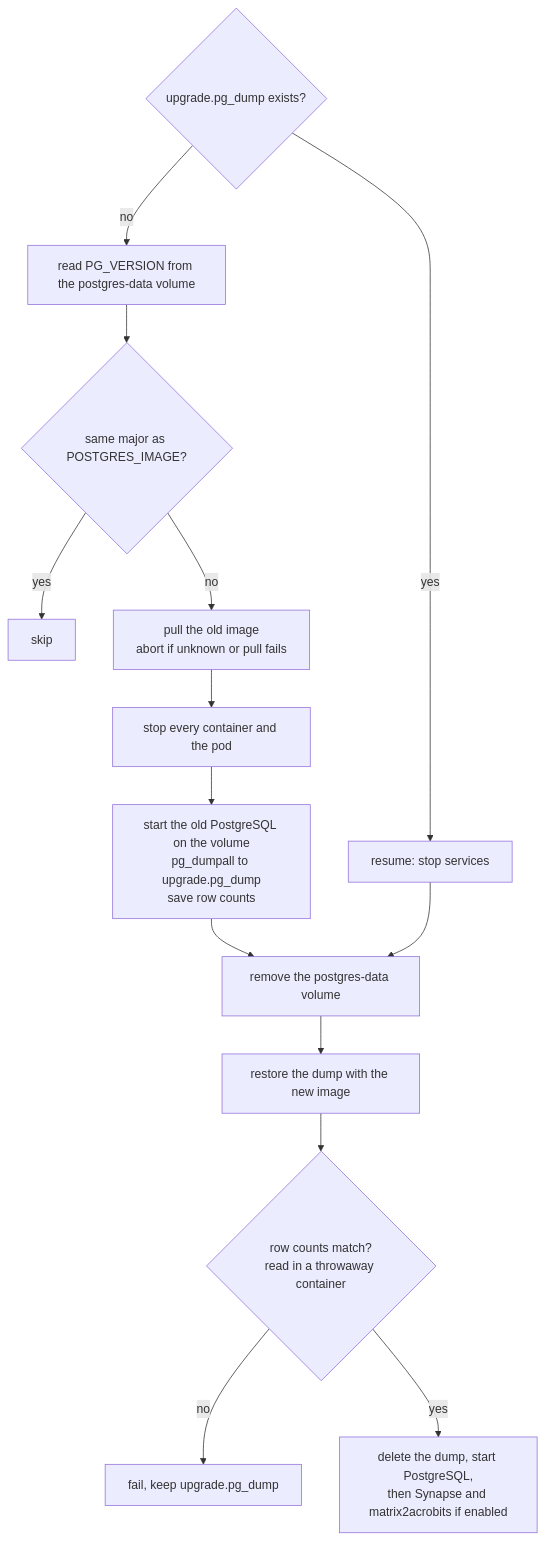
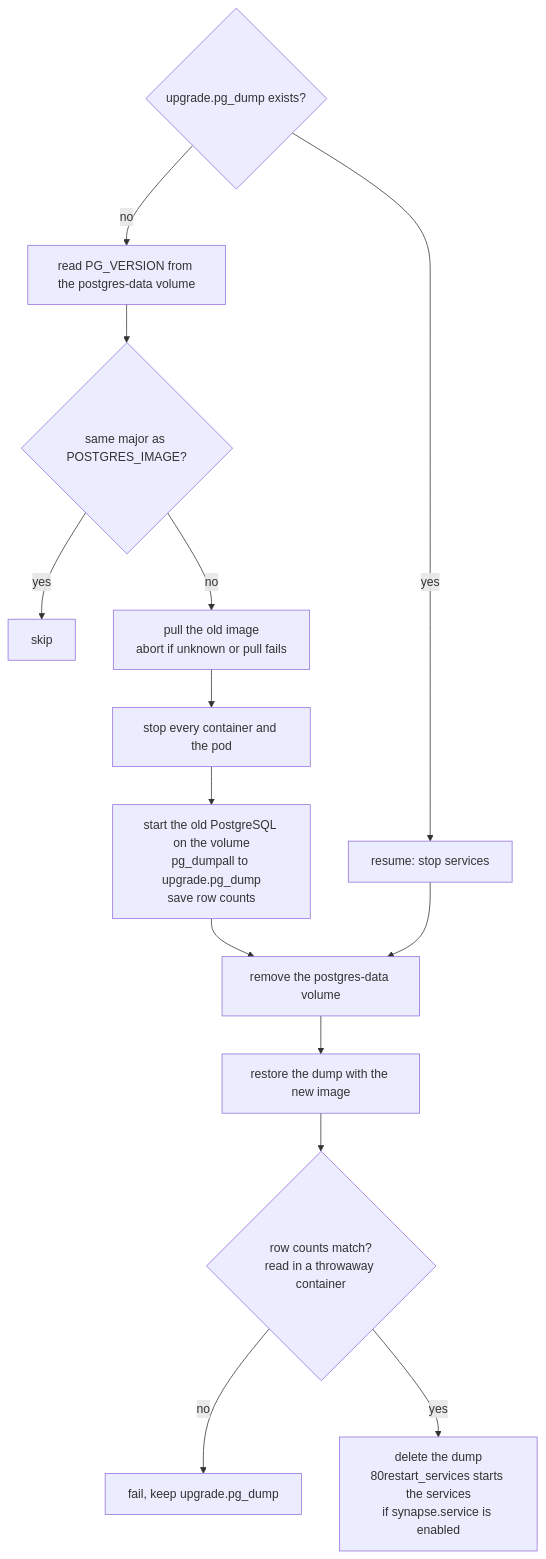
One commit to NethServer/ns8-matrix changed the fifth of 5 diagrams in docs/architecture.md. Above: the diagram before and after it, drawn with Mermaid. The commit also changed other lines of this file and 3 other files, not shown here.

First line of the commit message:
fix: start Synapse once after a database upgrade (#136)

````diff
--- a/docs/architecture.md
+++ b/docs/architecture.md
@@ -283,17 +283,17 @@
 ```mermaid
 flowchart TB
     A{"upgrade.pg_dump exists?"}
     A -- yes --> R["resume: stop services"]
     A -- no --> B["read PG_VERSION from the postgres-data volume"]
     B --> C{"same major as POSTGRES_IMAGE?"}
     C -- yes --> X[skip]
     C -- no --> D["pull the old image<br/>abort if unknown or pull fails"]
     D --> E["stop every container and the pod"]
     E --> F["start the old PostgreSQL on the volume<br/>pg_dumpall to upgrade.pg_dump<br/>save row counts"]
     F --> G
     R --> G["remove the postgres-data volume"]
     G --> H["restore the dump with the new image"]
     H --> I{"row counts match?<br/>read in a throwaway container"}
     I -- no --> K["fail, keep upgrade.pg_dump"]
-    I -- yes --> J["delete the dump, start PostgreSQL,<br/>then Synapse and matrix2acrobits if enabled"]
+    I -- yes --> J["delete the dump<br/>80restart_services starts the services<br/>if synapse.service is enabled"]
 ```
````
